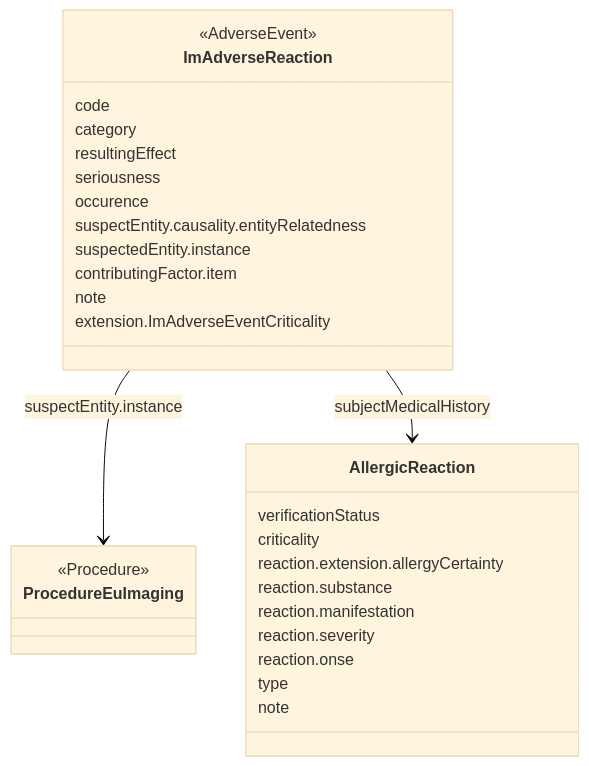
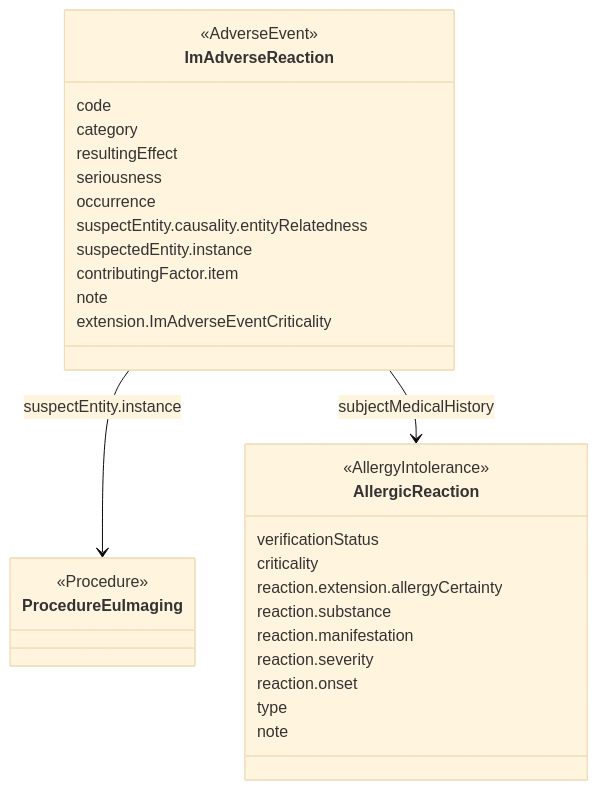
The diagram in input/pagecontent/design-consideration-procedure-adverse-reaction.md (oijauregui/ehdsimaging-r4), drawn with Mermaid (base theme) before and after one commit. The commit also changed other lines of this file and 237 other files, not shown here.

````diff
--- a/input/pagecontent/design-consideration-procedure-adverse-reaction.md
+++ b/input/pagecontent/design-consideration-procedure-adverse-reaction.md
@@ -12,35 +12,36 @@
 ```mermaid
 classDiagram
-  class ImAdverseReaction {
-    <<AdverseEvent>>
-    code
-    category
-    resultingEffect
-    seriousness
-    occurence
-    suspectEntity.causality.entityRelatedness
-    suspectedEntity.instance
-    contributingFactor.item
-    note
-    extension.ImAdverseEventCriticality
-  }
+ class ImAdverseReaction {
+ <<AdverseEvent>>
+ code
+ category
+ resultingEffect
+ seriousness
+ occurrence
+ suspectEntity.causality.entityRelatedness
+ suspectedEntity.instance
+ contributingFactor.item
+ note
+ extension.ImAdverseEventCriticality
+ }
 
-  class AllergicReaction{
-    verificationStatus 
-    criticality
-    reaction.extension.allergyCertainty
-    reaction.substance
-    reaction.manifestation
-    reaction.severity
-    reaction.onse
-    type
-    note
-  }
+ class AllergicReaction{
+ <<AllergyIntolerance>>
+ verificationStatus 
+ criticality
+ reaction.extension.allergyCertainty
+ reaction.substance
+ reaction.manifestation
+ reaction.severity
+ reaction.onset
+ type
+ note
+ }
 
-  class ProcedureEuImaging{
-    <<Procedure>>
-  }
+ class ProcedureEuImaging{
+ <<Procedure>>
+ }
 
-  ImAdverseReaction --> ProcedureEuImaging: suspectEntity.instance
-  ImAdverseReaction --> AllergicReaction: subjectMedicalHistory
+ ImAdverseReaction --> ProcedureEuImaging: suspectEntity.instance
+ ImAdverseReaction --> AllergicReaction: subjectMedicalHistory
 ```
````
